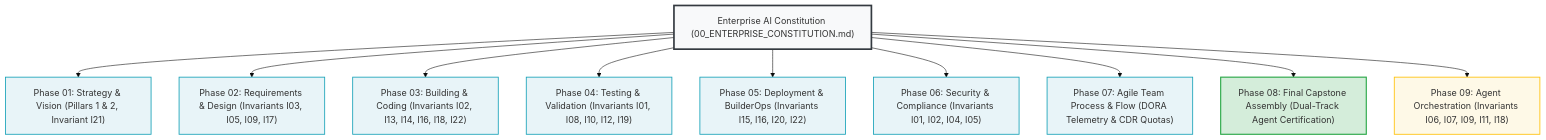
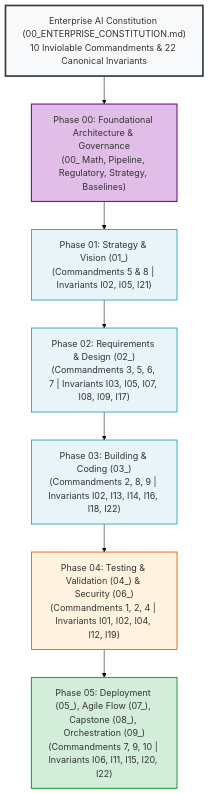
Before and after one commit to bdchang403/AI_Software_Foundations: the diagram in 00_ENTERPRISE_CONSTITUTION.md, drawn with Mermaid (base theme). The commit also changed other lines of this file and 11 other files, not shown here.

First line of the commit message:
fix(docs): clarify phase mapping in constitution and escape math pipes in tables

````diff
--- a/00_ENTERPRISE_CONSTITUTION.md
+++ b/00_ENTERPRISE_CONSTITUTION.md
@@ -73,25 +88,19 @@
 ```mermaid
 flowchart TD
-    CONST["Enterprise AI Constitution (00_ENTERPRISE_CONSTITUTION.md)"]
+    CONST["Enterprise AI Constitution (00_ENTERPRISE_CONSTITUTION.md)<br>10 Inviolable Commandments & 22 Canonical Invariants"]
     
-    CONST --> M1["Phase 01: Strategy & Vision (Pillars 1 & 2, Invariant I21)"]
-    CONST --> M2["Phase 02: Requirements & Design (Invariants I03, I05, I09, I17)"]
-    CONST --> M3["Phase 03: Building & Coding (Invariants I02, I13, I14, I16, I18, I22)"]
-    CONST --> M4["Phase 04: Testing & Validation (Invariants I01, I08, I10, I12, I19)"]
-    CONST --> M5["Phase 05: Deployment & BuilderOps (Invariants I15, I16, I20, I22)"]
-    CONST --> M6["Phase 06: Security & Compliance (Invariants I01, I02, I04, I05)"]
-    CONST --> M7["Phase 07: Agile Team Process & Flow (DORA Telemetry & CDR Quotas)"]
-    CONST --> M8["Phase 08: Final Capstone Assembly (Dual-Track Agent Certification)"]
-    CONST --> M9["Phase 09: Agent Orchestration (Invariants I06, I07, I09, I11, I18)"]
+    CONST --> M0["Phase 00: Foundational Architecture & Governance<br>(00_ Math, Pipeline, Regulatory, Strategy, Baselines)"]
+    M0 --> M1["Phase 01: Strategy & Vision (01_)<br>(Commandments 5 & 8 | Invariants I02, I05, I21)"]
+    M1 --> M2["Phase 02: Requirements & Design (02_)<br>(Commandments 3, 5, 6, 7 | Invariants I03, I05, I07, I08, I09, I17)"]
+    M2 --> M3["Phase 03: Building & Coding (03_)<br>(Commandments 2, 8, 9 | Invariants I02, I13, I14, I16, I18, I22)"]
+    M3 --> M4["Phase 04: Testing & Validation (04_) & Security (06_)<br>(Commandments 1, 2, 4 | Invariants I01, I02, I04, I12, I19)"]
+    M4 --> M5["Phase 05: Deployment (05_), Agile Flow (07_), Capstone (08_), Orchestration (09_)<br>(Commandments 7, 9, 10 | Invariants I06, I11, I15, I20, I22)"]
 
     style CONST fill:#f8f9fa,stroke:#343a40,stroke-width:3px;
+    style M0 fill:#e1bee7,stroke:#6a1b9a,stroke-width:2px;
     style M1 fill:#e8f4f8,stroke:#17a2b8,stroke-width:1.5px;
     style M2 fill:#e8f4f8,stroke:#17a2b8,stroke-width:1.5px;
     style M3 fill:#e8f4f8,stroke:#17a2b8,stroke-width:1.5px;
-    style M4 fill:#e8f4f8,stroke:#17a2b8,stroke-width:1.5px;
-    style M5 fill:#e8f4f8,stroke:#17a2b8,stroke-width:1.5px;
-    style M6 fill:#e8f4f8,stroke:#17a2b8,stroke-width:1.5px;
-    style M7 fill:#e8f4f8,stroke:#17a2b8,stroke-width:1.5px;
-    style M8 fill:#d4edda,stroke:#28a745,stroke-width:2px;
-    style M9 fill:#fef9e7,stroke:#ffc107,stroke-width:1.5px;
+    style M4 fill:#fff3e0,stroke:#e65100,stroke-width:1.5px;
+    style M5 fill:#d4edda,stroke:#28a745,stroke-width:2px;
 ```
````
